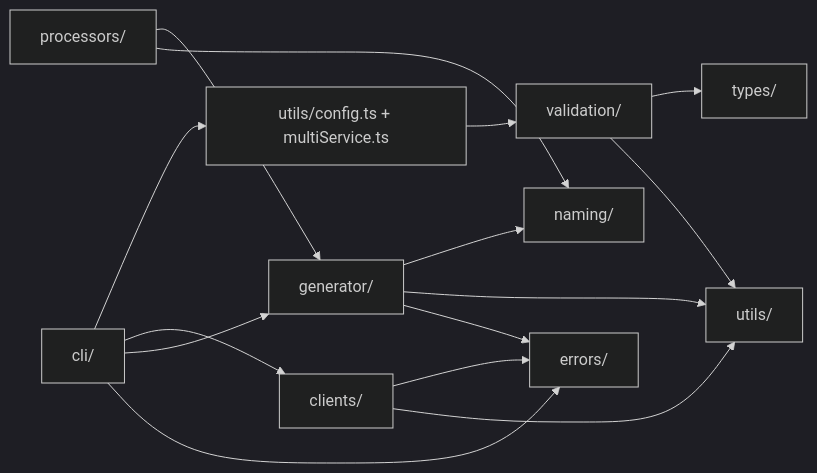
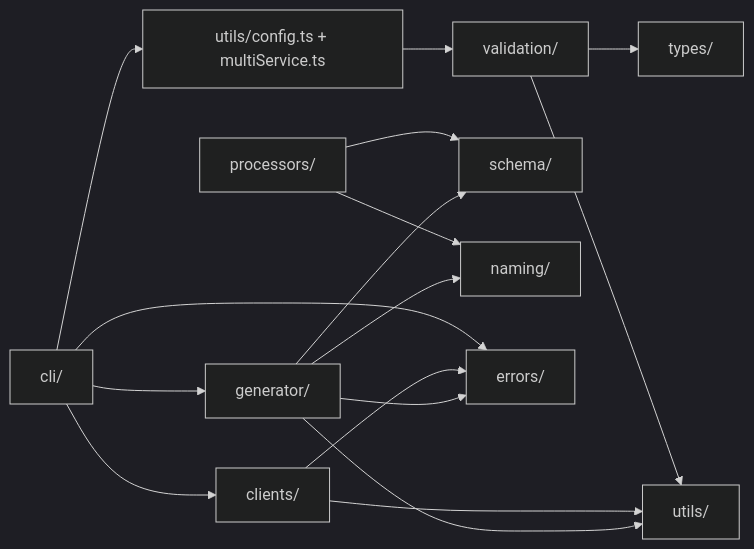
The third of 3 diagrams in .wiki/01-overview/architecture.md (shawicx/scx-api-tool), drawn with Mermaid (dark theme) before and after one commit. The commit also changed other lines of this file and 23 other files, not shown here.

````diff
--- a/.wiki/01-overview/architecture.md
+++ b/.wiki/01-overview/architecture.md
@@ -126,20 +126,21 @@
 ```mermaid
 graph LR
     CLI[cli/]
     CONFIG[utils/config.ts + multiService.ts]
     VALIDATE[validation/]
     CLIENTS[clients/]
     PROC[processors/]
     GEN[generator/]
+    SCHEMA[schema/]
     NAMING[naming/]
     TYPES[types/]
     ERRORS[errors/]
     UTILS[utils/]
 
     CLI --> CONFIG & CLIENTS & GEN & ERRORS
     CONFIG --> VALIDATE
     VALIDATE --> TYPES & UTILS
     CLIENTS --> ERRORS & UTILS
-    PROC --> GEN & NAMING
-    GEN --> NAMING & UTILS & ERRORS
+    PROC --> SCHEMA & NAMING
+    GEN --> SCHEMA & NAMING & UTILS & ERRORS
 ```
````
